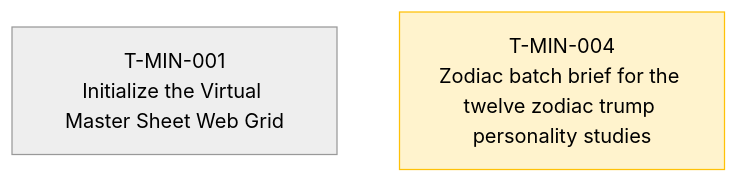
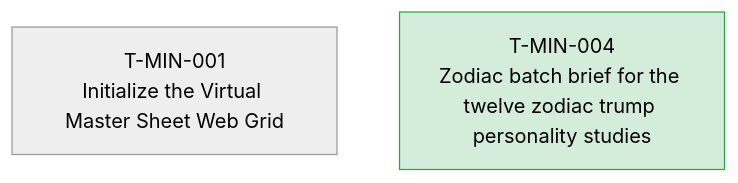
One commit to wgmilleriii/task_coordinator changed the diagram in TASKS.md. Above: the diagram before and after it, drawn with Mermaid (neutral theme). The commit also changed other lines of this file and 2 other files, not shown here.

Commit message:
review: T-MIN-004 peer review PASS — zodiac batch brief verified, task DONE
First end-to-end exercise of the start-review/record-review path.
All registry sorts, CW-7 register text, and load-bearing citations
recomputed/fetched and confirmed against independent sources.

Claude-Session: https://claude.ai/code/session_01Bh7QCBoviE2p96AhkjTvmB

````diff
--- a/TASKS.md
+++ b/TASKS.md
@@ -7,9 +7,9 @@
 ```mermaid
 graph TD
     classDef done fill:#d4edda,stroke:#28a745,color:#000;
     classDef blocked fill:#f8d7da,stroke:#dc3545,color:#000;
     classDef review fill:#fff3cd,stroke:#ffc107,color:#000;
     classDef active fill:#cce5ff,stroke:#007bff,color:#000;
     T-MIN-001["T-MIN-001<br/>Initialize the Virtual Master Sheet Web Grid"]
-    T-MIN-004["T-MIN-004<br/>Zodiac batch brief for the twelve zodiac trump personality studies"]:::review
+    T-MIN-004["T-MIN-004<br/>Zodiac batch brief for the twelve zodiac trump personality studies"]:::done
 ```
````
